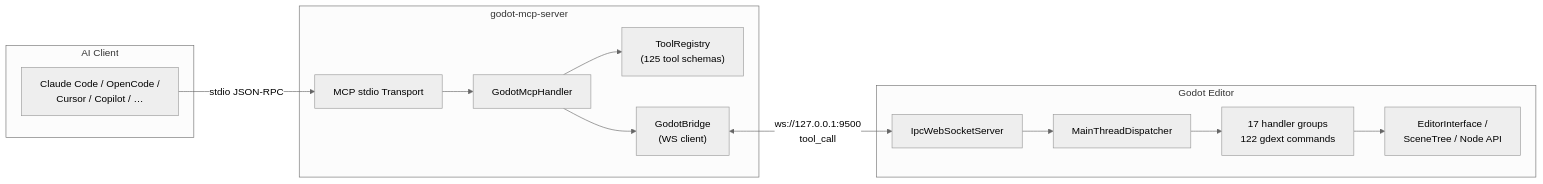
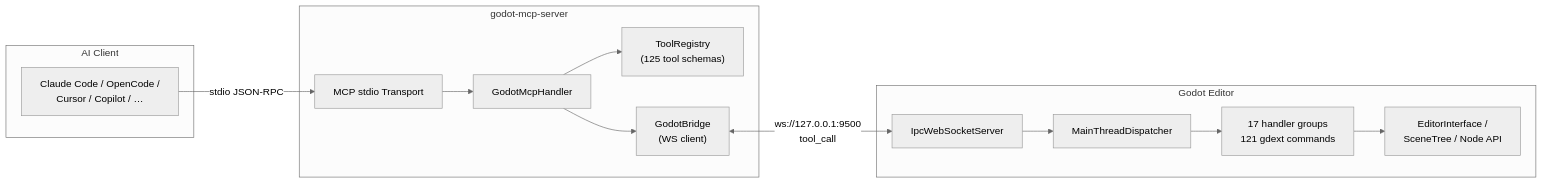
The diagram in README.md (jesspig/GodotMCP-GDExtension), drawn with Mermaid (neutral theme) before and after one commit. The commit also changed other lines of this file and 1 other file, not shown here.

````diff
--- a/README.md
+++ b/README.md
@@ -13,29 +14,29 @@
 ```mermaid
 graph LR
     subgraph AI["AI Client"]
         Client["Claude Code / OpenCode /<br/>Cursor / Copilot / …"]
     end
 
     subgraph ServerProc["godot-mcp-server"]
         Stdio["MCP stdio Transport"]
         Handler["GodotMcpHandler"]
         Registry["ToolRegistry<br/>(125 tool schemas)"]
         Bridge["GodotBridge<br/>(WS client)"]
     end
 
     subgraph GodotProc["Godot Editor"]
         WS["IpcWebSocketServer"]
         Dispatcher["MainThreadDispatcher"]
-        Commands["17 handler groups<br/>122 gdext commands"]
+        Commands["17 handler groups<br/>121 gdext commands"]
         Editor["EditorInterface /<br/>SceneTree / Node API"]
     end
 
     Client -->|stdio JSON-RPC| Stdio
     Stdio --> Handler
     Handler --> Registry
     Handler --> Bridge
     Bridge <-->|ws://127.0.0.1:9500<br/>tool_call| WS
     WS --> Dispatcher
     Dispatcher --> Commands
     Commands --> Editor
 ```
````
